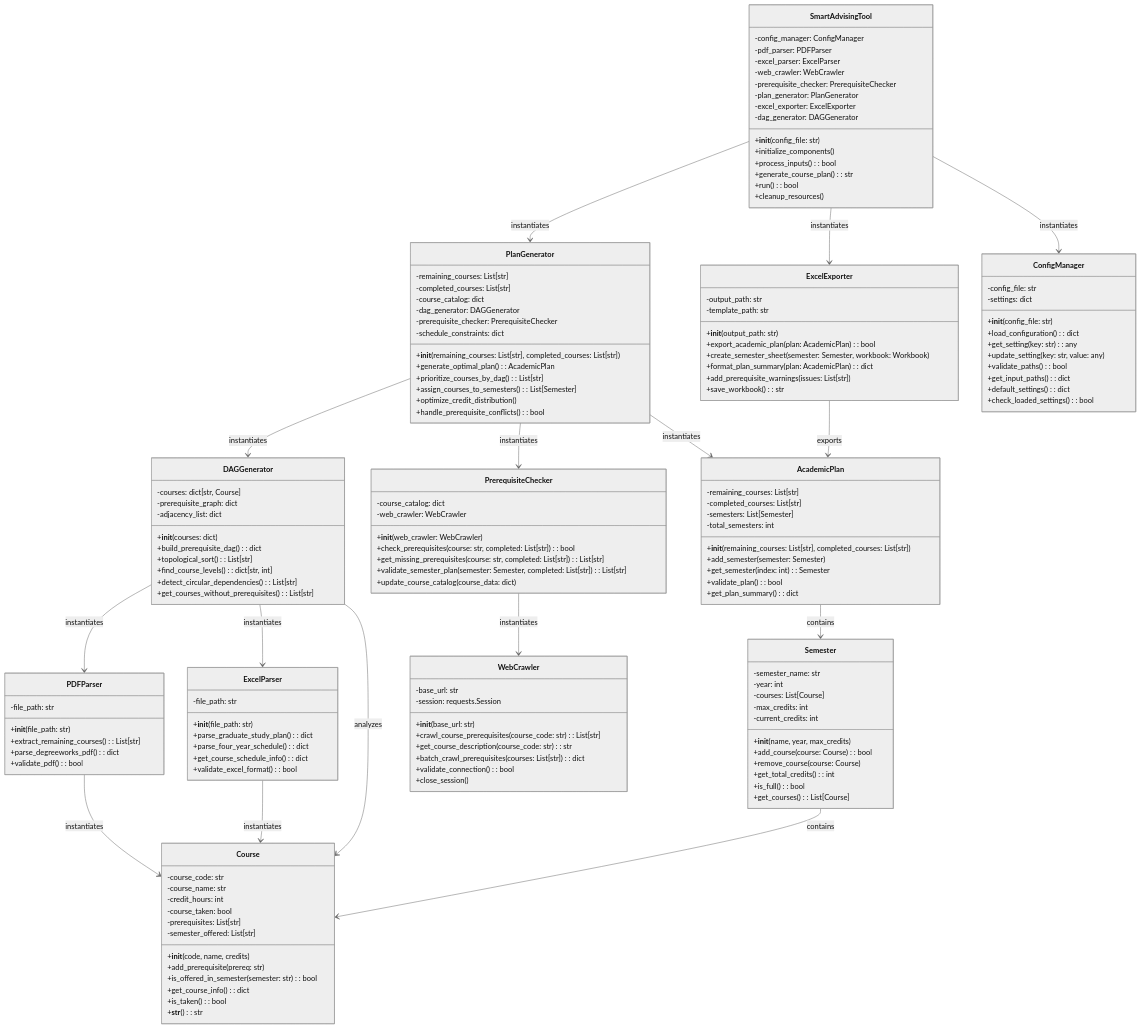
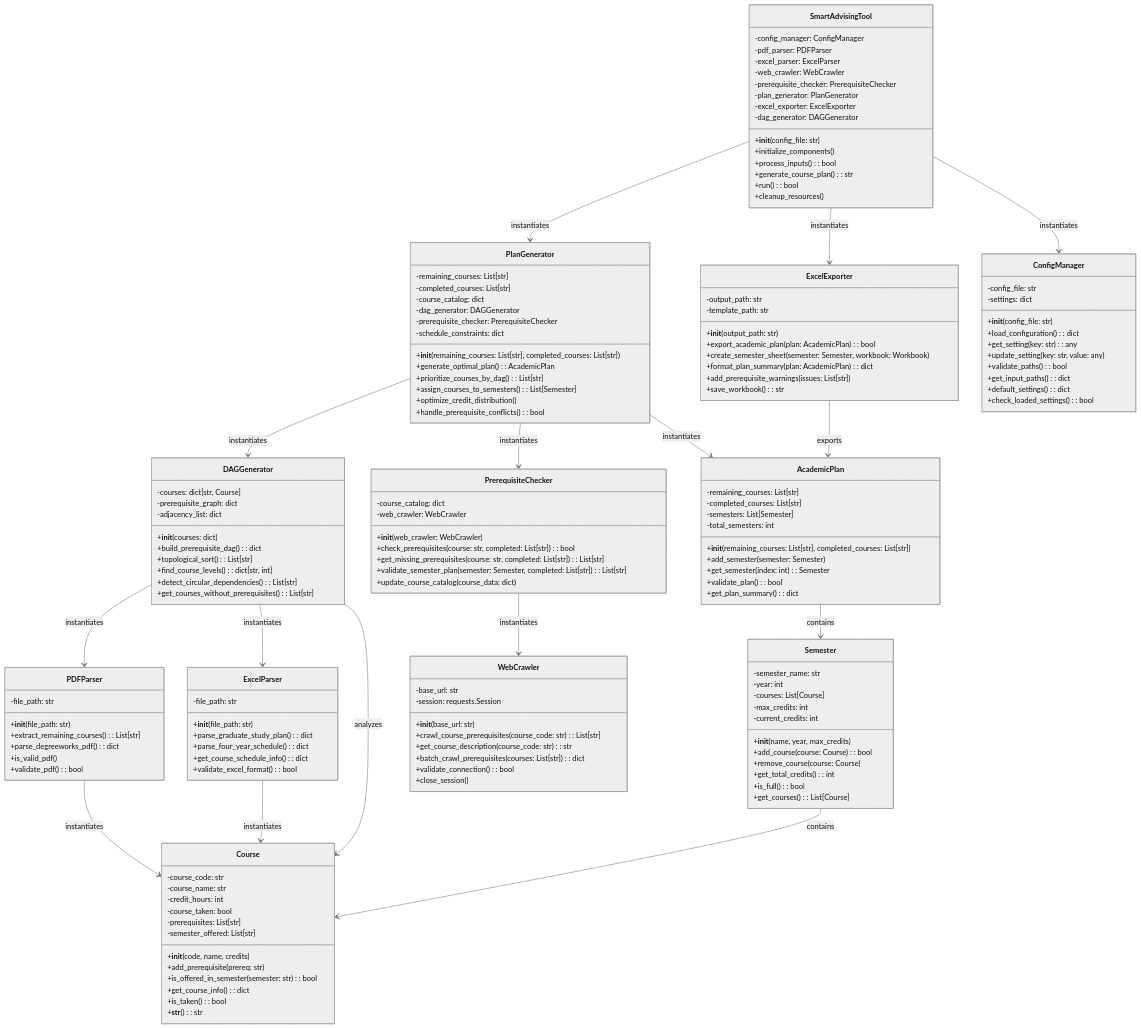
The diagram in docs/class_planning_uml.mermaid (the-red-crow/better-advise), drawn with Mermaid (neutral theme) before and after one commit. The commit also changed 4 other files, not shown here.

```diff
--- a/docs/class_planning_uml.mermaid
+++ b/docs/class_planning_uml.mermaid
@@ -1,172 +1,173 @@
 classDiagram
     class Course {
         -course_code: str
         -course_name: str
         -credit_hours: int
         -course_taken: bool
         -prerequisites: List[str]
         -semester_offered: List[str]
         +__init__(code, name, credits)
         +add_prerequisite(prereq: str)
         +is_offered_in_semester(semester: str): bool
         +get_course_info(): dict
         +is_taken(): bool
         +__str__(): str
     }
 
     class Semester {
         -semester_name: str
         -year: int
         -courses: List[Course]
         -max_credits: int
         -current_credits: int
         +__init__(name, year, max_credits)
         +add_course(course: Course): bool
         +remove_course(course: Course)
         +get_total_credits(): int
         +is_full(): bool
         +get_courses(): List[Course]
     }
 
     class AcademicPlan {
         -remaining_courses: List[str]
         -completed_courses: List[str]
         -semesters: List[Semester]
         -total_semesters: int
         +__init__(remaining_courses: List[str], completed_courses: List[str])
         +add_semester(semester: Semester)
         +get_semester(index: int): Semester
         +validate_plan(): bool
         +get_plan_summary(): dict
     }
 
     class DAGGenerator {
         -courses: dict[str, Course]
         -prerequisite_graph: dict
         -adjacency_list: dict
         +__init__(courses: dict)
         +build_prerequisite_dag(): dict
         +topological_sort(): List[str]
         +find_course_levels(): dict[str, int]
         +detect_circular_dependencies(): List[str]
         +get_courses_without_prerequisites(): List[str]
     }
 
     class PDFParser {
         -file_path: str
         +__init__(file_path: str)
         +extract_remaining_courses(): List[str]
         +parse_degreeworks_pdf(): dict
+        +is_valid_pdf()
         +validate_pdf(): bool
     }
 
     class ExcelParser {
         -file_path: str
         +__init__(file_path: str)
         +parse_graduate_study_plan(): dict
         +parse_four_year_schedule(): dict
         +get_course_schedule_info(): dict
         +validate_excel_format(): bool
     }
 
     class WebCrawler {
         -base_url: str
         -session: requests.Session
         +__init__(base_url: str)
         +crawl_course_prerequisites(course_code: str): List[str]
         +get_course_description(course_code: str): str
         +batch_crawl_prerequisites(courses: List[str]): dict
         +validate_connection(): bool
         +close_session()
     }
 
     class PrerequisiteChecker {
         -course_catalog: dict
         -web_crawler: WebCrawler
         +__init__(web_crawler: WebCrawler)
         +check_prerequisites(course: str, completed: List[str]): bool
         +get_missing_prerequisites(course: str, completed: List[str]): List[str]
         +validate_semester_plan(semester: Semester, completed: List[str]): List[str]
         +update_course_catalog(course_data: dict)
     }
 
     class PlanGenerator {
         -remaining_courses: List[str]
         -completed_courses: List[str]
         -course_catalog: dict
         -dag_generator: DAGGenerator
         -prerequisite_checker: PrerequisiteChecker
         -schedule_constraints: dict
         +__init__(remaining_courses: List[str], completed_courses: List[str])
         +generate_optimal_plan(): AcademicPlan
         +prioritize_courses_by_dag(): List[str]
         +assign_courses_to_semesters(): List[Semester]
         +optimize_credit_distribution()
         +handle_prerequisite_conflicts(): bool
     }
 
     class ExcelExporter {
         -output_path: str
         -template_path: str
         +__init__(output_path: str)
         +export_academic_plan(plan: AcademicPlan): bool
         +create_semester_sheet(semester: Semester, workbook: Workbook)
         +format_plan_summary(plan: AcademicPlan): dict
         +add_prerequisite_warnings(issues: List[str])
         +save_workbook(): str
     }
 
     class ConfigManager {
         -config_file: str
         -settings: dict
         +__init__(config_file: str)
         +load_configuration(): dict
         +get_setting(key: str): any
         +update_setting(key: str, value: any)
         +validate_paths(): bool
         +get_input_paths(): dict
         +default_settings(): dict
         +check_loaded_settings(): bool
     }
 
     class SmartAdvisingTool {
         -config_manager: ConfigManager
         -pdf_parser: PDFParser
         -excel_parser: ExcelParser
         -web_crawler: WebCrawler
         -prerequisite_checker: PrerequisiteChecker
         -plan_generator: PlanGenerator
         -excel_exporter: ExcelExporter
         -dag_generator: DAGGenerator
         +__init__(config_file: str)
         +initialize_components()
         +process_inputs(): bool
         +generate_course_plan(): str
         +run(): bool
         +cleanup_resources()
     }
 
     %% Relationships
     SmartAdvisingTool --> PlanGenerator : instantiates
     SmartAdvisingTool --> ExcelExporter : instantiates
     SmartAdvisingTool --> ConfigManager : instantiates
 
     PDFParser --> Course : instantiates
 
     ExcelParser --> Course : instantiates
 
     PlanGenerator --> DAGGenerator : instantiates
     PlanGenerator --> PrerequisiteChecker : instantiates
     PlanGenerator --> AcademicPlan : instantiates
     
     DAGGenerator --> Course : analyzes
     DAGGenerator --> PDFParser : instantiates
     DAGGenerator --> ExcelParser : instantiates
     
     AcademicPlan --> Semester : contains
     
     Semester --> Course : contains
     
     PrerequisiteChecker --> WebCrawler : instantiates
     
     ExcelExporter --> AcademicPlan : exports
```
